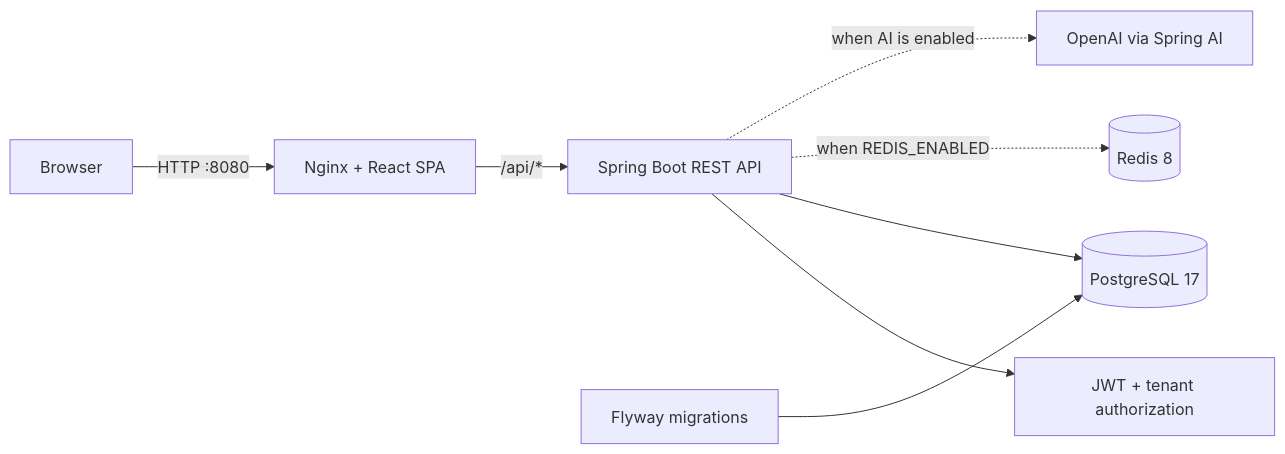
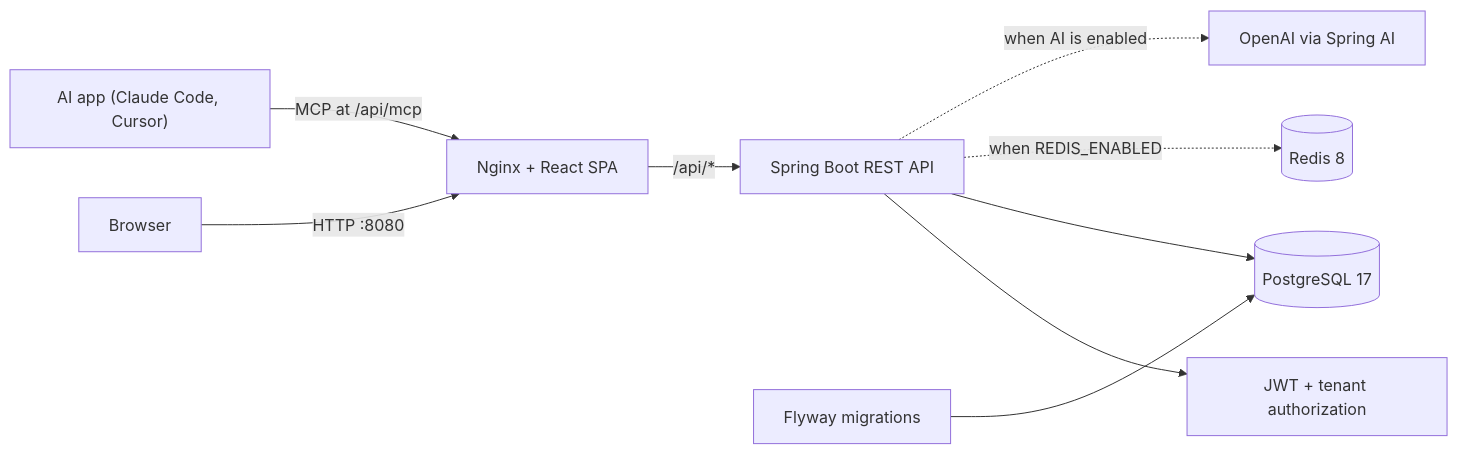
One commit to vokyo/FlowAi changed the diagram in README.md. Above: the diagram before and after it, drawn with Mermaid. The commit also changed other lines of this file, not shown here.

First line of the commit message:
docs: connect an AI app over MCP

````diff
--- a/README.md
+++ b/README.md
@@ -80,10 +80,11 @@
 ```mermaid
 flowchart LR
     Browser["Browser"] -->|"HTTP :8080"| Nginx["Nginx + React SPA"]
+    AiApp["AI app (Claude Code, Cursor)"] -->|"MCP at /api/mcp"| Nginx
     Nginx -->|"/api/*"| API["Spring Boot REST API"]
     API --> Security["JWT + tenant authorization"]
     API --> Database[("PostgreSQL 17")]
     API -. "when REDIS_ENABLED" .-> Redis[("Redis 8")]
     API -. "when AI is enabled" .-> Provider["OpenAI via Spring AI"]
     Flyway["Flyway migrations"] --> Database
 ```
````
